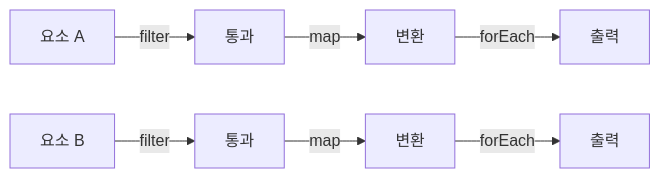
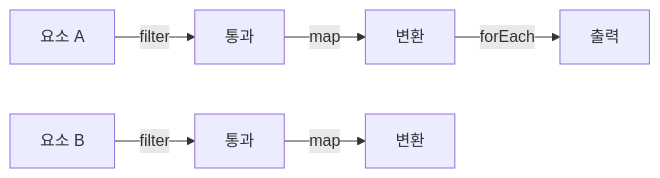
One commit to yjkim2015/yjkim2015.github.io changed the third of 4 diagrams in _posts/java/2026-05-01-java-stream.md. Above: the diagram before and after it, drawn with Mermaid. The commit also changed 163 other files, not shown here.

First line of the commit message:
Mermaid 300개 블록 내용 축소: 5노드 5엣지 이하, 의미 있는 약어

````diff
--- a/_posts/java/2026-05-01-java-stream.md
+++ b/_posts/java/2026-05-01-java-stream.md
@@ -122,9 +122,5 @@
 ```mermaid
 graph LR
-  A["요소 A"] -->|"filter"| FA["통과"]
-  FA -->|"map"| MA["변환"]
-  MA -->|"forEach"| RA["출력"]
-  B["요소 B"] -->|"filter"| FB["통과"]
-  FB -->|"map"| MB["변환"]
-  MB -->|"forEach"| RB["출력"]
+  A["요소 A"] -->|filter| FA["통과"] -->|map| MA["변환"] -->|forEach| RA["출력"]
+  B["요소 B"] -->|filter| FB["통과"] -->|map| MB["변환"]
 ```
````
